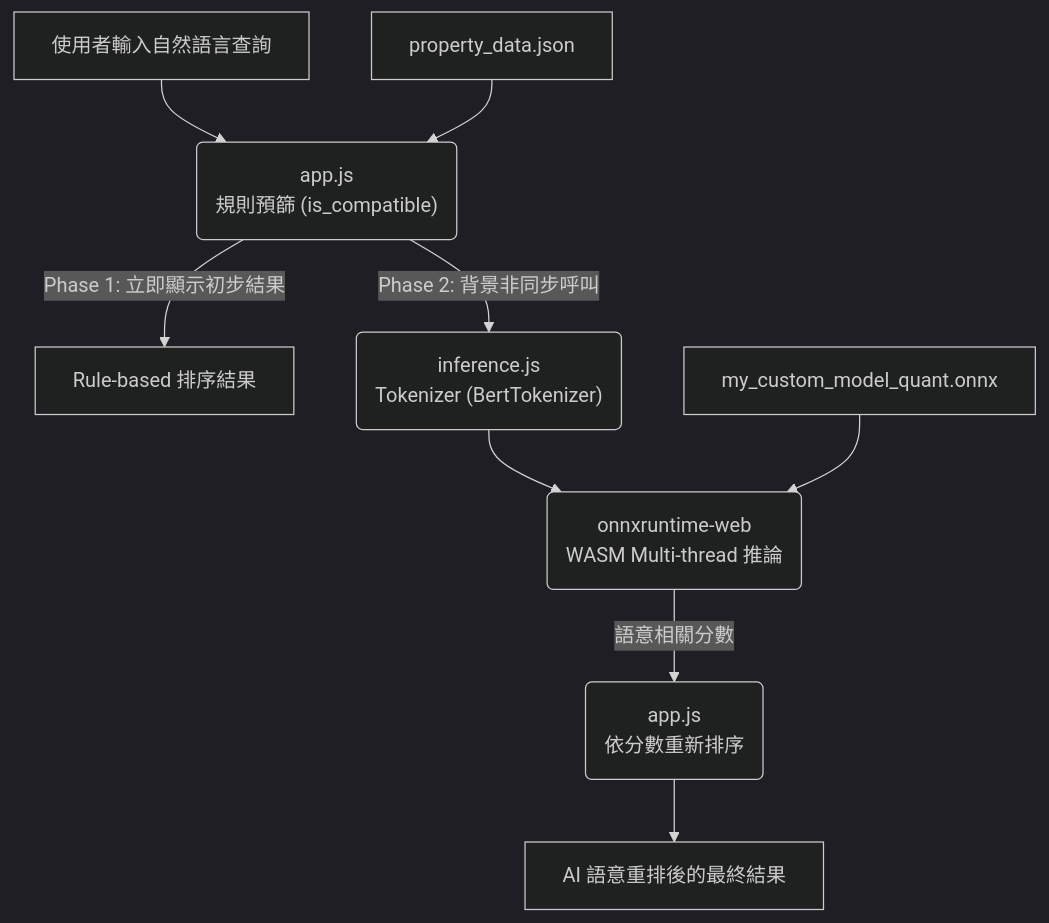
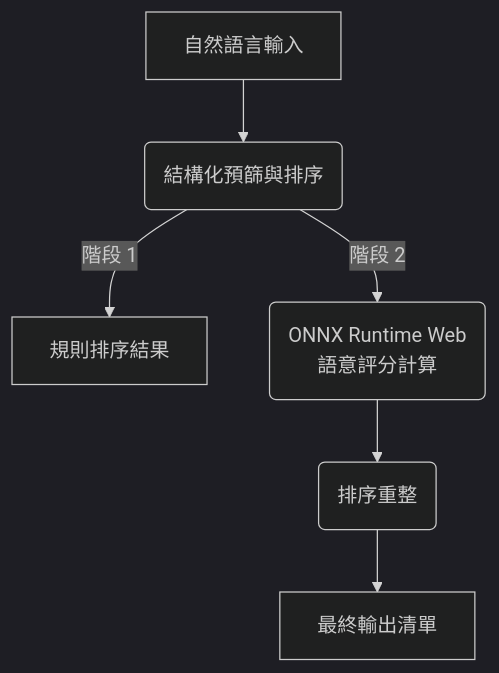
The second of 2 diagrams in README.md (eric20041027/nchu-edge-rental-ai), drawn with Mermaid (dark theme) before and after one commit. The commit also changed other lines of this file and 20 other files, not shown here.

````diff
--- a/README.md
+++ b/README.md
@@ -45,11 +44,8 @@
 ```mermaid
 graph TD
-    A["使用者輸入自然語言查詢"] --> B("app.js\n規則預篩 (is_compatible)") 
-    B -- "Phase 1: 立即顯示初步結果" --> C["Rule-based 排序結果"]
-    B -- "Phase 2: 背景非同步呼叫" --> D("inference.js\nTokenizer (BertTokenizer)")
-    D --> E("onnxruntime-web\nWASM Multi-thread 推論")
-    E -- "語意相關分數" --> F("app.js\n依分數重新排序")
-    F --> G["AI 語意重排後的最終結果"]
-    H["my_custom_model_quant.onnx"] --> E
-    I["property_data.json"] --> B
+    A["自然語言輸入"] --> B("結構化預篩與排序")
+    B -- "階段 1" --> C["規則排序結果"]
+    B -- "階段 2" --> D("ONNX Runtime Web\n語意評分計算")
+    D --> E("排序重整")
+    E --> F["最終輸出清單"]
 ```
````
